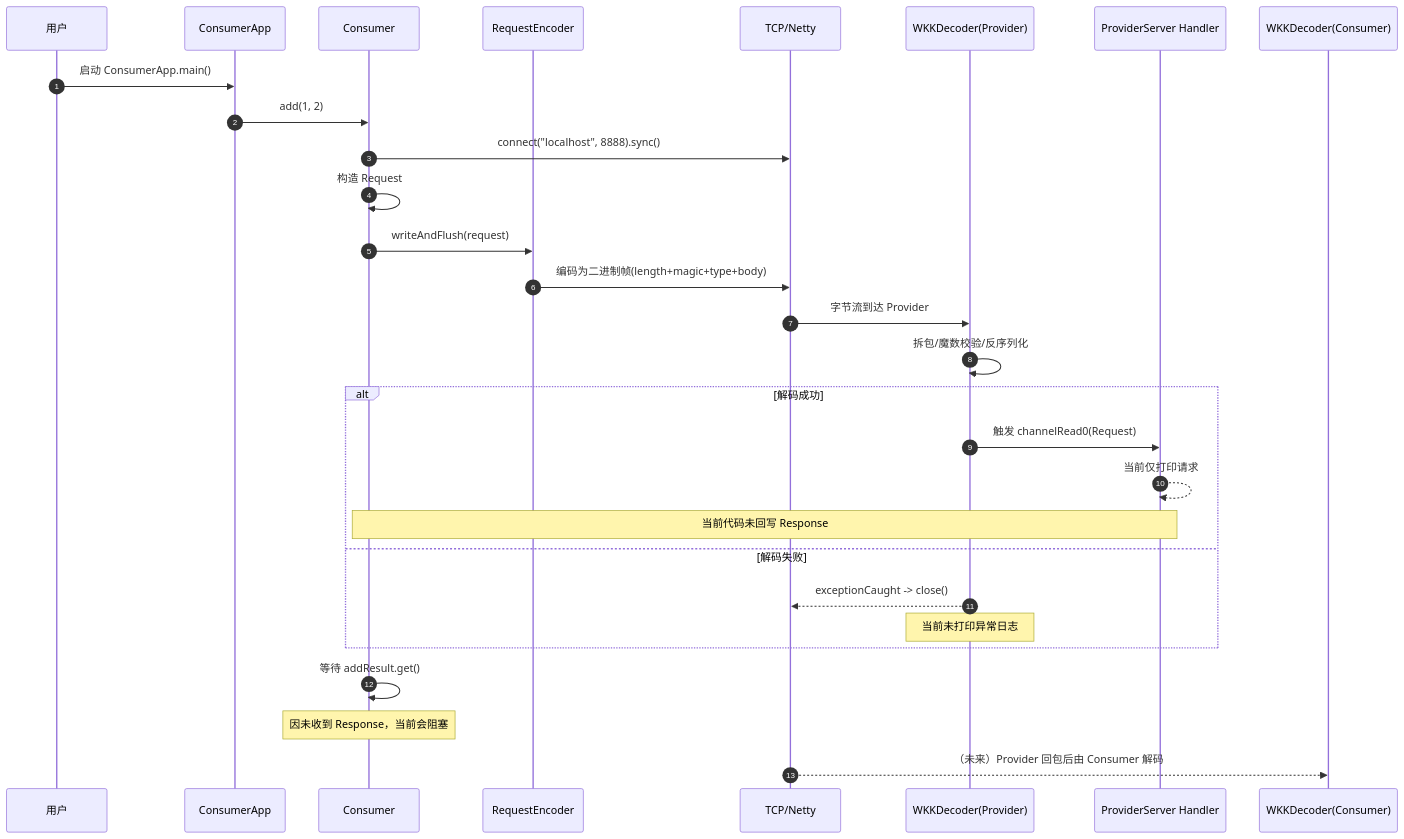
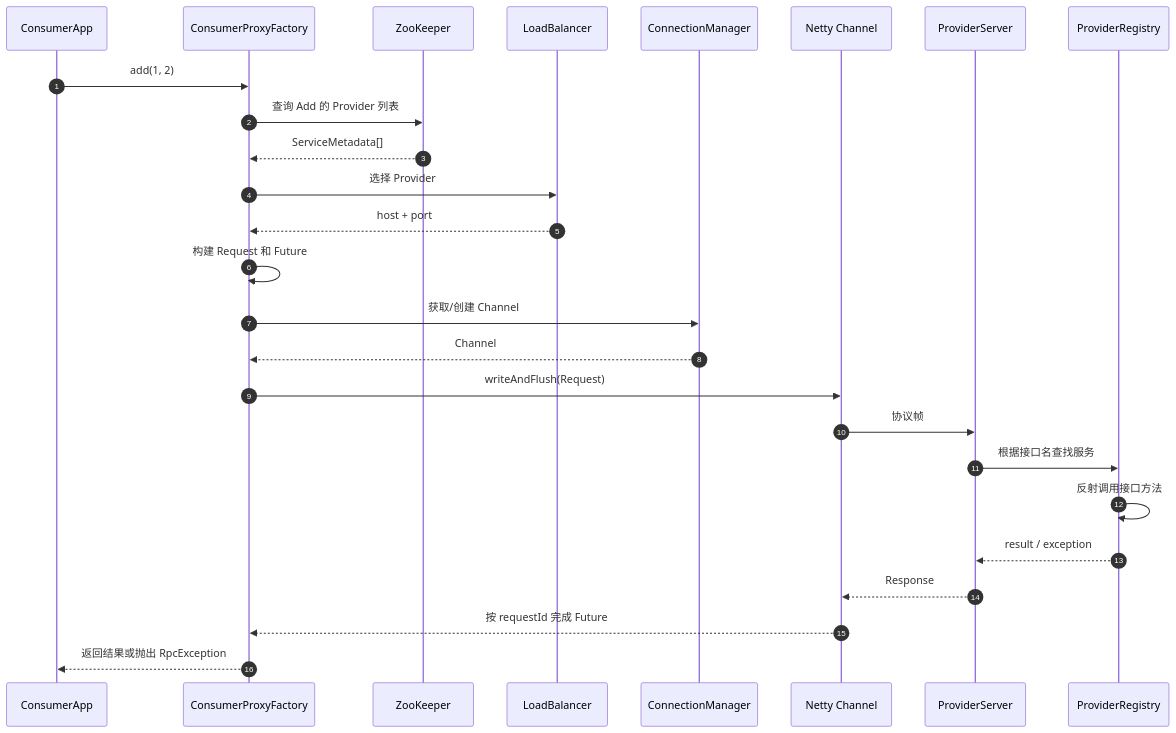
One commit to Winniekun/wkk-rpc changed the first of 2 diagrams in README.md. Above: the diagram before and after it, drawn with Mermaid. The commit also changed other lines of this file and 18 other files, not shown here.

````diff
--- a/README.md
+++ b/README.md
@@ -127,34 +46,29 @@
 ```mermaid
 sequenceDiagram
     autonumber
-    participant U as 用户
-    participant CA as ConsumerApp
-    participant C as Consumer
-    participant CE as RequestEncoder
-    participant NET as TCP/Netty
-    participant PD as WKKDecoder(Provider)
-    participant PS as ProviderServer Handler
-    participant CD as WKKDecoder(Consumer)
+    participant App as ConsumerApp
+    participant Proxy as ConsumerProxyFactory
+    participant Registry as ZooKeeper
+    participant LB as LoadBalancer
+    participant Conn as ConnectionManager
+    participant Netty as Netty Channel
+    participant Provider as ProviderServer
+    participant Local as ProviderRegistry
 
-    U->>CA: 启动 ConsumerApp.main()
-    CA->>C: add(1, 2)
-    C->>NET: connect("localhost", 8888).sync()
-    C->>C: 构造 Request
-    C->>CE: writeAndFlush(request)
-    CE->>NET: 编码为二进制帧(length+magic+type+body)
-
-    NET->>PD: 字节流到达 Provider
-    PD->>PD: 拆包/魔数校验/反序列化
-    alt 解码成功
-        PD->>PS: 触发 channelRead0(Request)
-        PS-->>PS: 当前仅打印请求
-        Note over PS,C: 当前代码未回写 Response
-    else 解码失败
-        PD-->>NET: exceptionCaught -> close()
-        Note over PD: 当前未打印异常日志
-    end
-
-    C->>C: 等待 addResult.get()
-    Note over C: 因未收到 Response，当前会阻塞
-    NET-->>CD: （未来）Provider 回包后由 Consumer 解码
+    App->>Proxy: add(1, 2)
+    Proxy->>Registry: 查询 Add 的 Provider 列表
+    Registry-->>Proxy: ServiceMetadata[]
+    Proxy->>LB: 选择 Provider
+    LB-->>Proxy: host + port
+    Proxy->>Proxy: 构建 Request 和 Future
+    Proxy->>Conn: 获取/创建 Channel
+    Conn-->>Proxy: Channel
+    Proxy->>Netty: writeAndFlush(Request)
+    Netty->>Provider: 协议帧
+    Provider->>Local: 根据接口名查找服务
+    Local->>Local: 反射调用接口方法
+    Local-->>Provider: result / exception
+    Provider-->>Netty: Response
+    Netty-->>Proxy: 按 requestId 完成 Future
+    Proxy-->>App: 返回结果或抛出 RpcException
 ```
````
